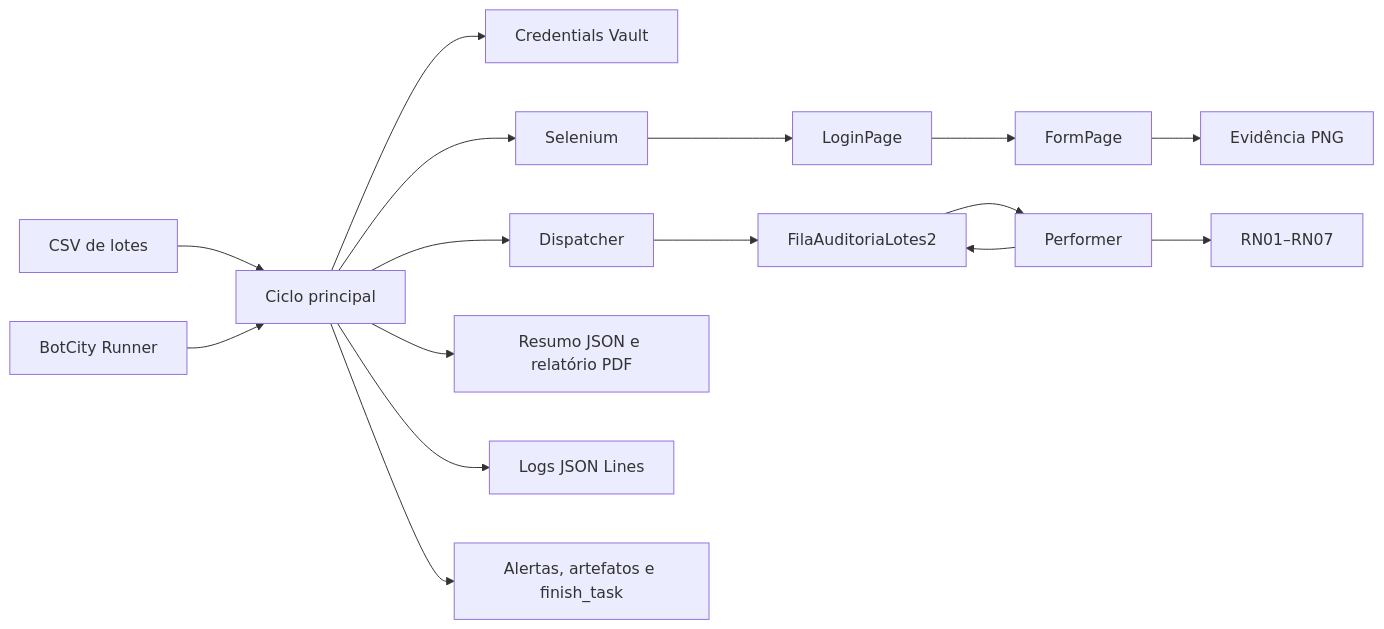
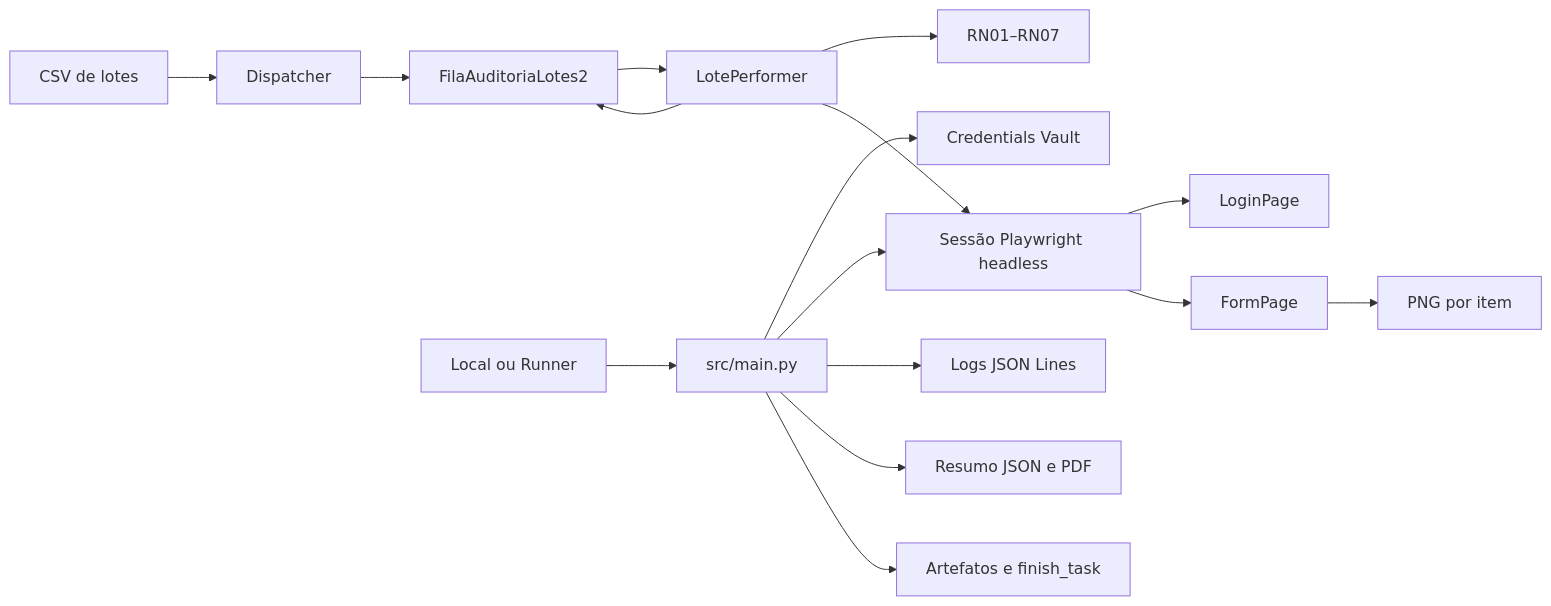
The diagram in README.md (g-f307/conferencia-de-lotes), drawn with Mermaid before and after one commit. The commit also changed other lines of this file and 38 other files, not shown here.

First line of the commit message:
feat(playwright): integrar automação web ao DataPool e gerar evidências por item (#41)

````diff
--- a/README.md
+++ b/README.md
@@ -79,18 +85,18 @@
 ```mermaid
 flowchart LR
-    CSV[CSV de lotes] --> MAIN[Ciclo principal]
-    RUNNER[BotCity Runner] --> MAIN
+    CSV[CSV de lotes] --> DISPATCHER[Dispatcher]
+    DISPATCHER --> DP[FilaAuditoriaLotes2]
+    RUNNER[Local ou Runner] --> MAIN[src/main.py]
     MAIN --> VAULT[Credentials Vault]
-    MAIN --> WEB[Selenium]
-    WEB --> LOGIN[LoginPage]
-    LOGIN --> FORM[FormPage]
-    FORM --> PNG[Evidência PNG]
-    MAIN --> DISPATCHER[Dispatcher]
-    DISPATCHER --> DATAPOOL[FilaAuditoriaLotes2]
-    DATAPOOL --> PERFORMER[Performer]
+    MAIN --> SESSION[Sessão Playwright headless]
+    SESSION --> LOGIN[LoginPage]
+    DP --> PERFORMER[LotePerformer]
     PERFORMER --> RULES[RN01–RN07]
-    PERFORMER --> DATAPOOL
-    MAIN --> REPORT[Resumo JSON e relatório PDF]
-    MAIN --> LOGS[Logs JSON Lines]
-    MAIN --> MAESTRO[Alertas, artefatos e finish_task]
+    PERFORMER --> SESSION
+    SESSION --> FORM[FormPage]
+    FORM --> PNG[PNG por item]
+    PERFORMER --> DP
+    MAIN --> LOG[Logs JSON Lines]
+    MAIN --> REPORT[Resumo JSON e PDF]
+    MAIN --> MAESTRO[Artefatos e finish_task]
 ```
````
